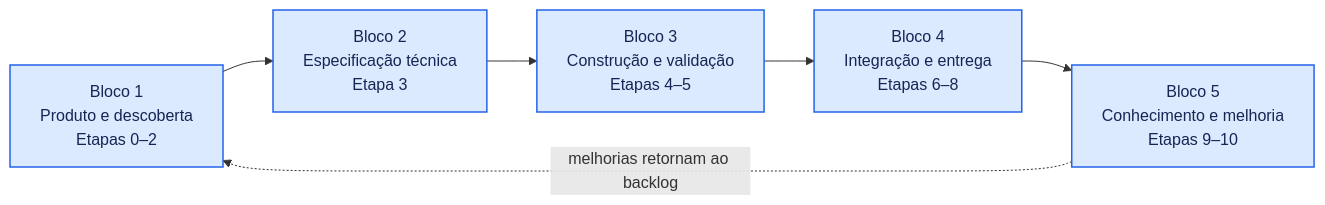
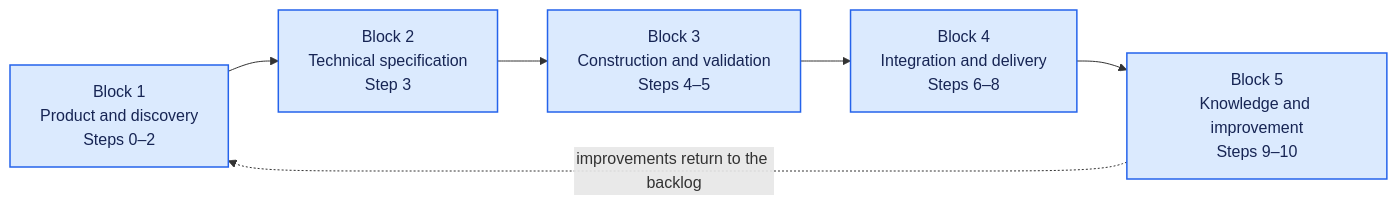
One commit to diododias/ai-manifest changed the first of 6 diagrams in workspaces/tech-lead/docs/rules/journey-by-phase.md. Above: the diagram before and after it, drawn with Mermaid. The commit also changed other lines of this file and 294 other files, not shown here.

````diff
--- a/workspaces/tech-lead/docs/rules/journey-by-phase.md
+++ b/workspaces/tech-lead/docs/rules/journey-by-phase.md
@@ -13,14 +13,14 @@
 ```mermaid
 flowchart LR
-    P1["Bloco 1<br/>Produto e descoberta<br/>Etapas 0–2"]
-    P2["Bloco 2<br/>Especificação técnica<br/>Etapa 3"]
-    P3["Bloco 3<br/>Construção e validação<br/>Etapas 4–5"]
-    P4["Bloco 4<br/>Integração e entrega<br/>Etapas 6–8"]
-    P5["Bloco 5<br/>Conhecimento e melhoria<br/>Etapas 9–10"]
+    P1["Block 1<br/>Product and discovery<br/>Steps 0–2"]
+    P2["Block 2<br/>Technical specification<br/>Step 3"]
+    P3["Block 3<br/>Construction and validation<br/>Steps 4–5"]
+    P4["Block 4<br/>Integration and delivery<br/>Steps 6–8"]
+    P5["Block 5<br/>Knowledge and improvement<br/>Steps 9–10"]
 
     P1 --> P2 --> P3 --> P4 --> P5
-    P5 -. "melhorias retornam ao backlog" .-> P1
+    P5 -. "improvements return to the backlog" .-> P1
 
     classDef phase fill:#dbeafe,stroke:#2563eb,color:#172554,stroke-width:1.5px;
     class P1,P2,P3,P4,P5 phase;
 ```
````
